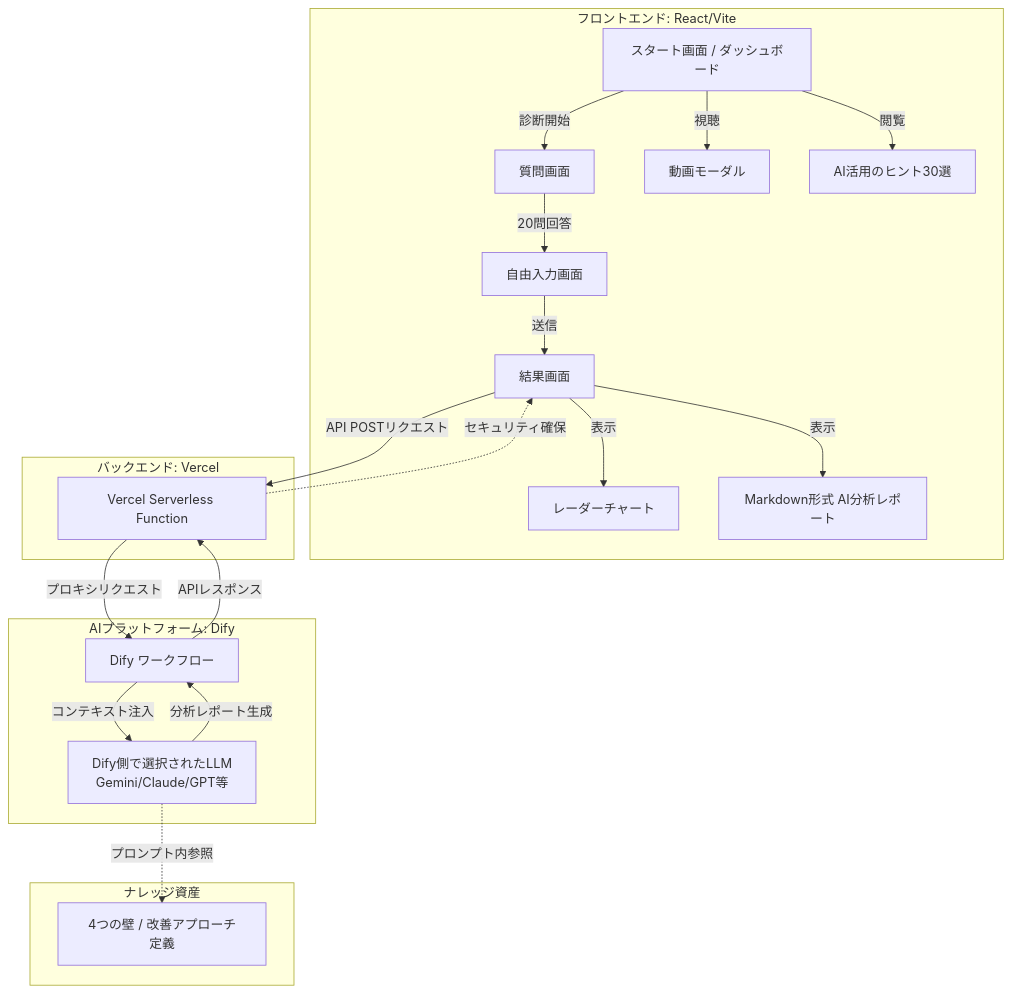
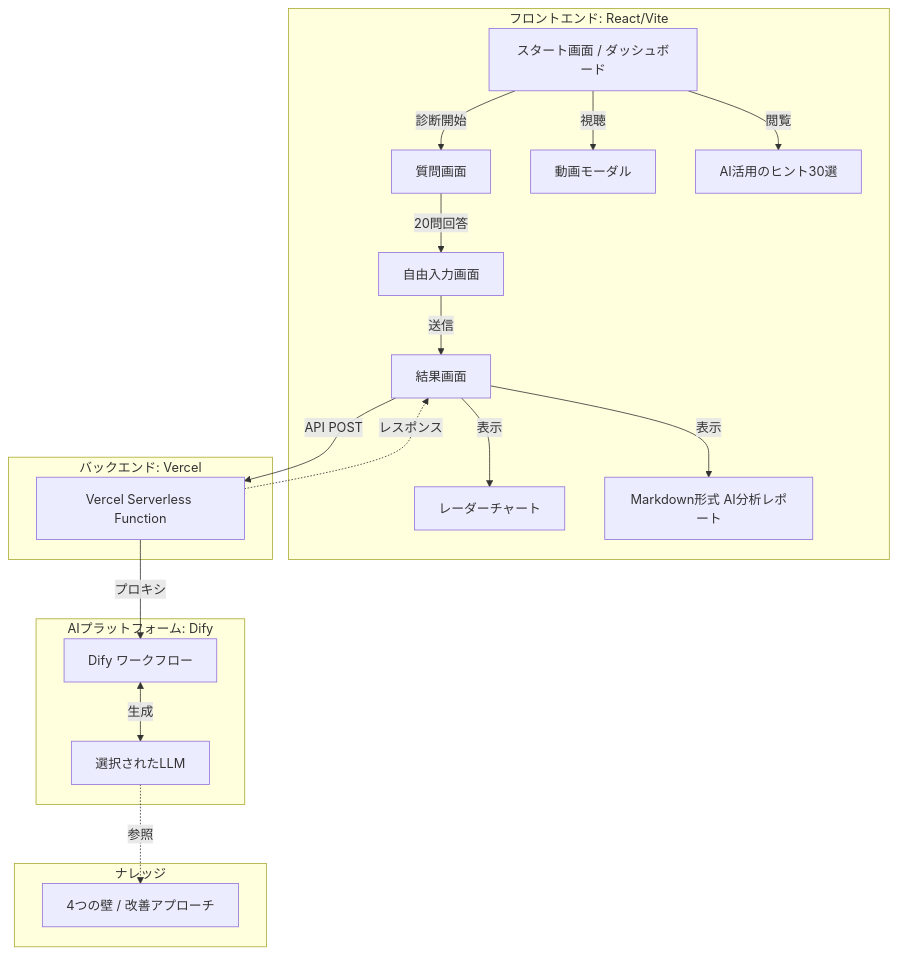
One commit to kimura-star-system/ai-redesign-diagnostic changed the diagram in README.md. Above: the diagram before and after it, drawn with Mermaid. The commit also changed other lines of this file and 13 other files, not shown here.

````diff
--- a/README.md
+++ b/README.md
@@ -240,29 +44,27 @@
 ```mermaid
 graph TD
     subgraph Frontend [フロントエンド: React/Vite]
         A[スタート画面 / ダッシュボード] -->|診断開始| B[質問画面]
         A -->|視聴| V[動画モーダル]
         A -->|閲覧| H[AI活用のヒント30選]
         B -->|20問回答| C[自由入力画面]
         C -->|送信| D[結果画面]
         D -->|表示| R[レーダーチャート]
         D -->|表示| M[Markdown形式 AI分析レポート]
     end
 
     subgraph Backend [バックエンド: Vercel]
-        D -->|API POSTリクエスト| E[Vercel Serverless Function]
+        D -->|API POST| E[Vercel Serverless Function]
     end
 
     subgraph AI_Platform [AIプラットフォーム: Dify]
-        E -->|プロキシリクエスト| F[Dify ワークフロー]
-        F -->|コンテキスト注入| G[Dify側で選択されたLLM<br/>Gemini/Claude/GPT等]
-        G -->|分析レポート生成| F
-        F -->|APIレスポンス| E
+        E -->|プロキシ| F[Dify ワークフロー]
+        F <-->|生成| G[選択されたLLM]
     end
 
-    subgraph Knowledge_Base [ナレッジ資産]
-        G -.->|プロンプト内参照| K[4つの壁 / 改善アプローチ定義]
+    subgraph KB [ナレッジ]
+        G -.->|参照| K[4つの壁 / 改善アプローチ]
     end
 
-    E -.->|セキュリティ確保| D
+    E -.->|レスポンス| D
 ```
````
